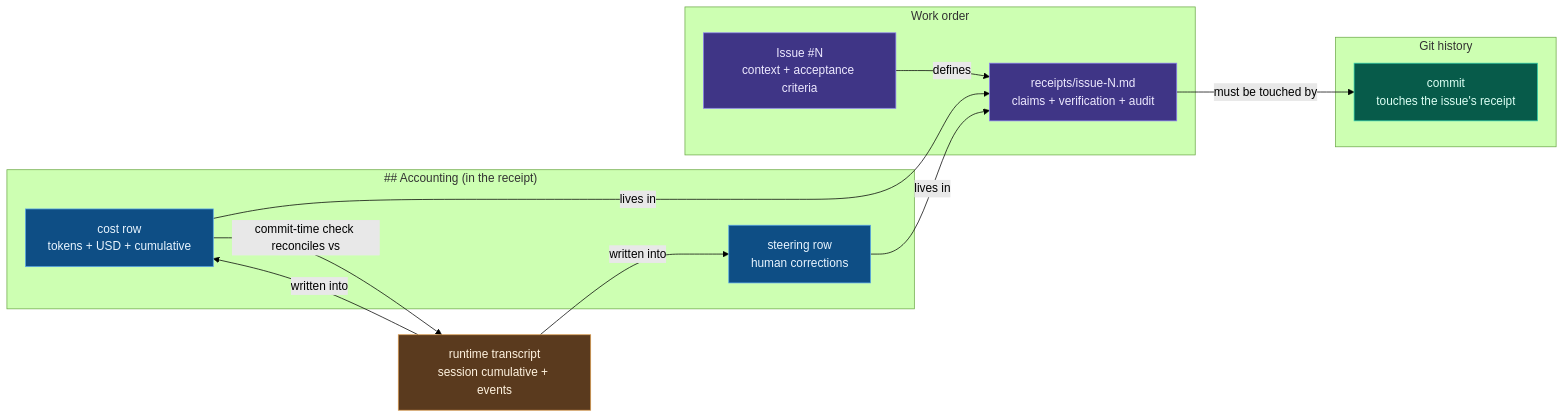
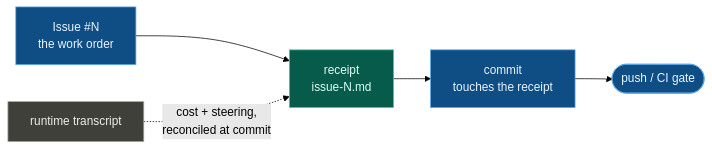
Before and after one commit to Duaility/governance-kit: the fourth of 4 diagrams in README.md, drawn with Mermaid (forest theme). The commit also changed other lines of this file and 3 other files, not shown here.

First line of the commit message:
docs(readme): tighten messaging and replace lifecycle diagram with SVG (#303)

````diff
--- a/README.md
+++ b/README.md
@@ -338,35 +338,12 @@
 ```mermaid
 flowchart LR
-    subgraph Work["Work order"]
-        I["Issue #N<br/>context + acceptance criteria"]
-        R["receipts/issue-N.md<br/>claims + verification + audit"]
-    end
+    I["Issue #N<br/>the work order"] --> R["receipt<br/>issue-N.md"] --> C["commit<br/>touches the receipt"] --> P(["push / CI gate"])
+    T["runtime transcript"] -. "cost + steering,<br/>reconciled at commit" .-> R
 
-    subgraph History["Git history"]
-        C["commit<br/>touches the issue's receipt"]
-    end
-
-    subgraph Accounting["## Accounting (in the receipt)"]
-        CO["cost row<br/>tokens + USD + cumulative"]
-        ST["steering row<br/>human corrections"]
-    end
-
-    T["runtime transcript<br/>session cumulative + events"]
-
-    I -- "defines" --> R
-    R -- "must be touched by" --> C
-    T -- "written into" --> CO
-    T -- "written into" --> ST
-    CO -- "commit-time check reconciles vs" --> T
-    CO -- "lives in" --> R
-    ST -- "lives in" --> R
-
-    classDef work fill:#3f3586,stroke:#8b7ff0,color:#eeeaff
-    classDef history fill:#075b4a,stroke:#36d6af,color:#dcfff4
-    classDef accounting fill:#0e4e85,stroke:#5aa8e9,color:#e9f5ff
-    classDef source fill:#5a3a1e,stroke:#d99a4e,color:#fff3e0
-    class I,R work
-    class C history
-    class CO,ST accounting
-    class T source
+    classDef chain fill:#0e4e85,stroke:#5aa8e9,color:#e9f5ff
+    classDef hub fill:#075b4a,stroke:#36d6af,color:#dcfff4
+    classDef src fill:#3f403a,stroke:#a5a49b,color:#efeee8
+    class I,C,P chain
+    class R hub
+    class T src
 ```
````
